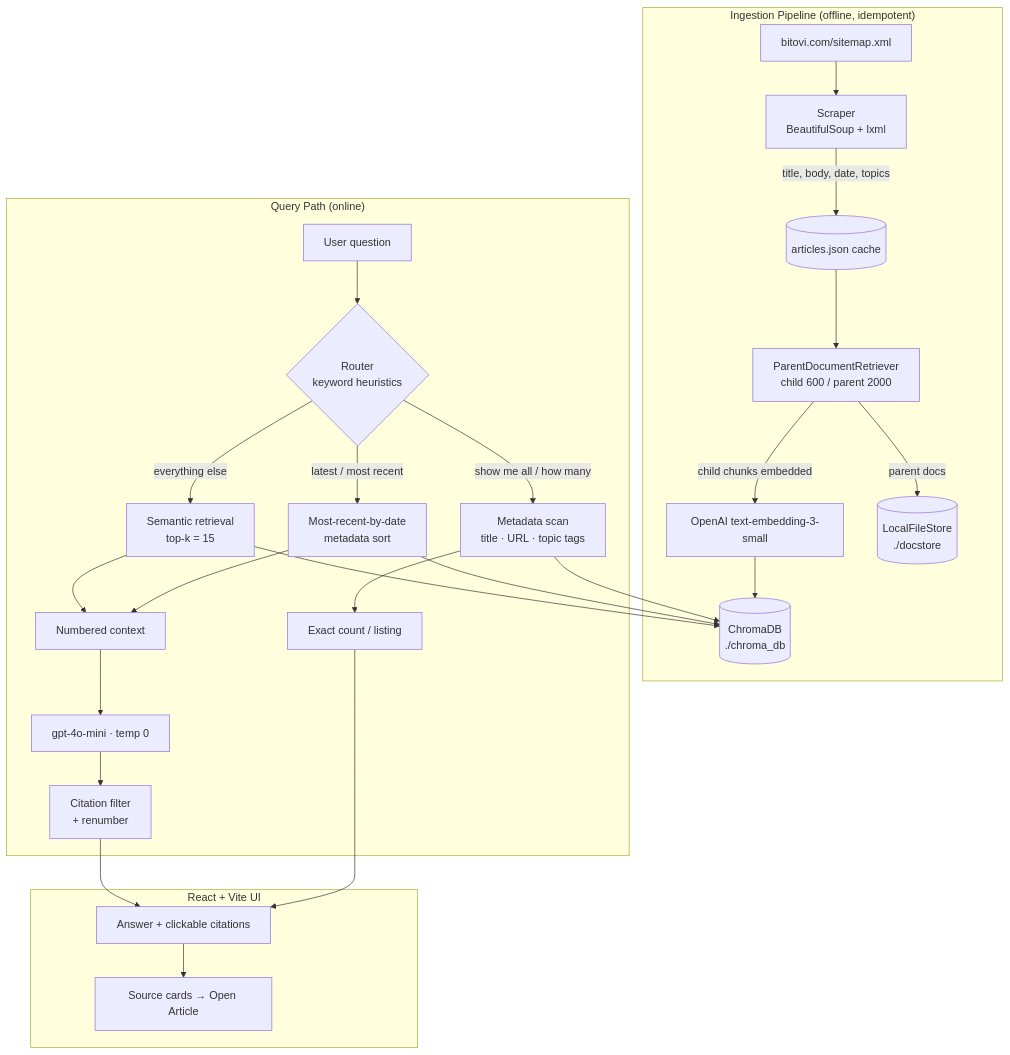
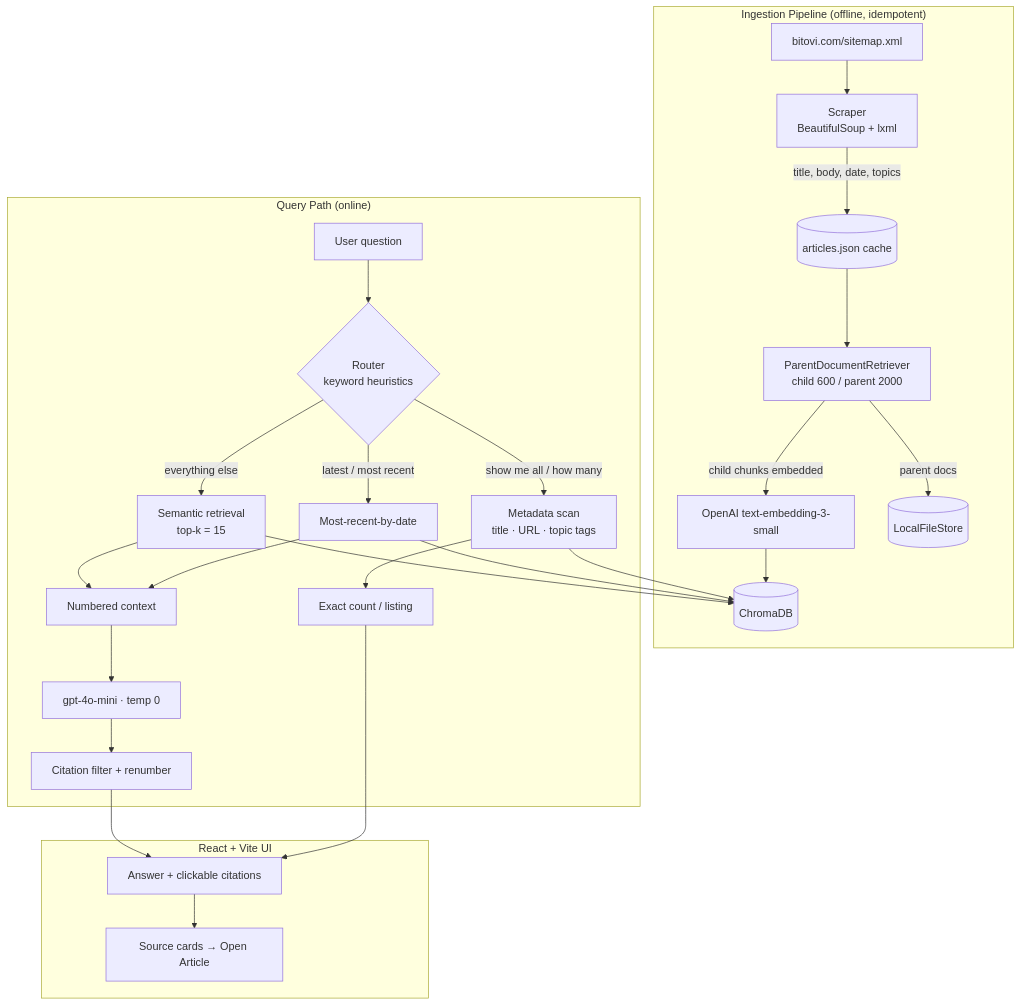
The diagram in README.md (i-Blaise/Bitovi-Blog-AI-Agent), drawn with Mermaid before and after one commit. The commit also changed other lines of this file, not shown here.

Commit message:
docs: refactor README to be more concise, improve formatting, and simplify system diagrams

````diff
--- a/README.md
+++ b/README.md
@@ -38,31 +30,31 @@
 ```mermaid
 flowchart TD
     subgraph Ingestion["Ingestion Pipeline (offline, idempotent)"]
         SM[bitovi.com/sitemap.xml] --> SC[Scraper<br/>BeautifulSoup + lxml]
         SC -->|title, body, date, topics| AJ[(articles.json cache)]
         AJ --> CH[ParentDocumentRetriever<br/>child 600 / parent 2000]
         CH -->|child chunks embedded| EMB[OpenAI text-embedding-3-small]
-        EMB --> VS[(ChromaDB<br/>./chroma_db)]
-        CH -->|parent docs| DS[(LocalFileStore<br/>./docstore)]
+        EMB --> VS[(ChromaDB)]
+        CH -->|parent docs| DS[(LocalFileStore)]
     end
 
     subgraph Query["Query Path (online)"]
         Q[User question] --> R{Router<br/>keyword heuristics}
         R -->|"show me all / how many"| MD[Metadata scan<br/>title · URL · topic tags]
-        R -->|"latest / most recent"| RC[Most-recent-by-date<br/>metadata sort]
+        R -->|"latest / most recent"| RC[Most-recent-by-date]
         R -->|everything else| SEM[Semantic retrieval<br/>top-k = 15]
         SEM --> VS
         RC --> VS
         MD --> VS
         SEM --> CTX[Numbered context] --> LLM[gpt-4o-mini · temp 0]
         RC --> CTX
-        LLM --> CITE[Citation filter<br/>+ renumber]
+        LLM --> CITE[Citation filter + renumber]
         MD --> LIST[Exact count / listing]
     end
 
     subgraph UI["React + Vite UI"]
         CITE --> ANS[Answer + clickable citations]
         LIST --> ANS
         ANS --> CARDS[Source cards → Open Article]
     end
 ```
````
